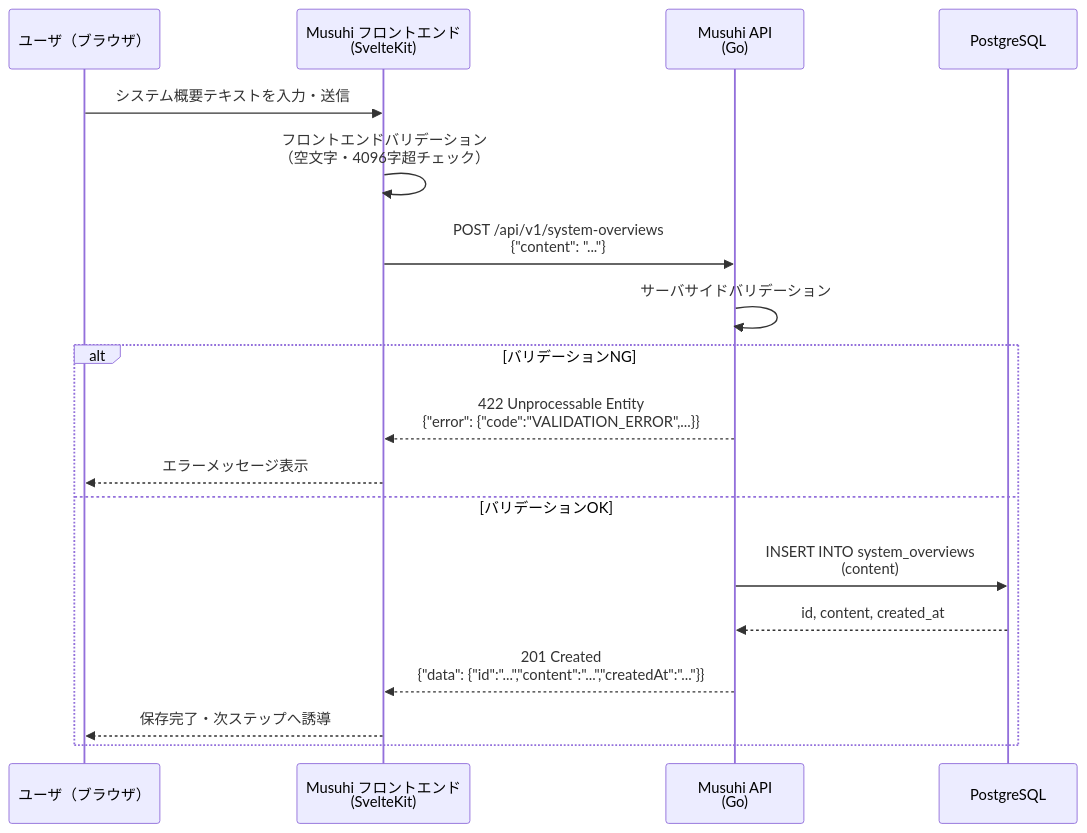
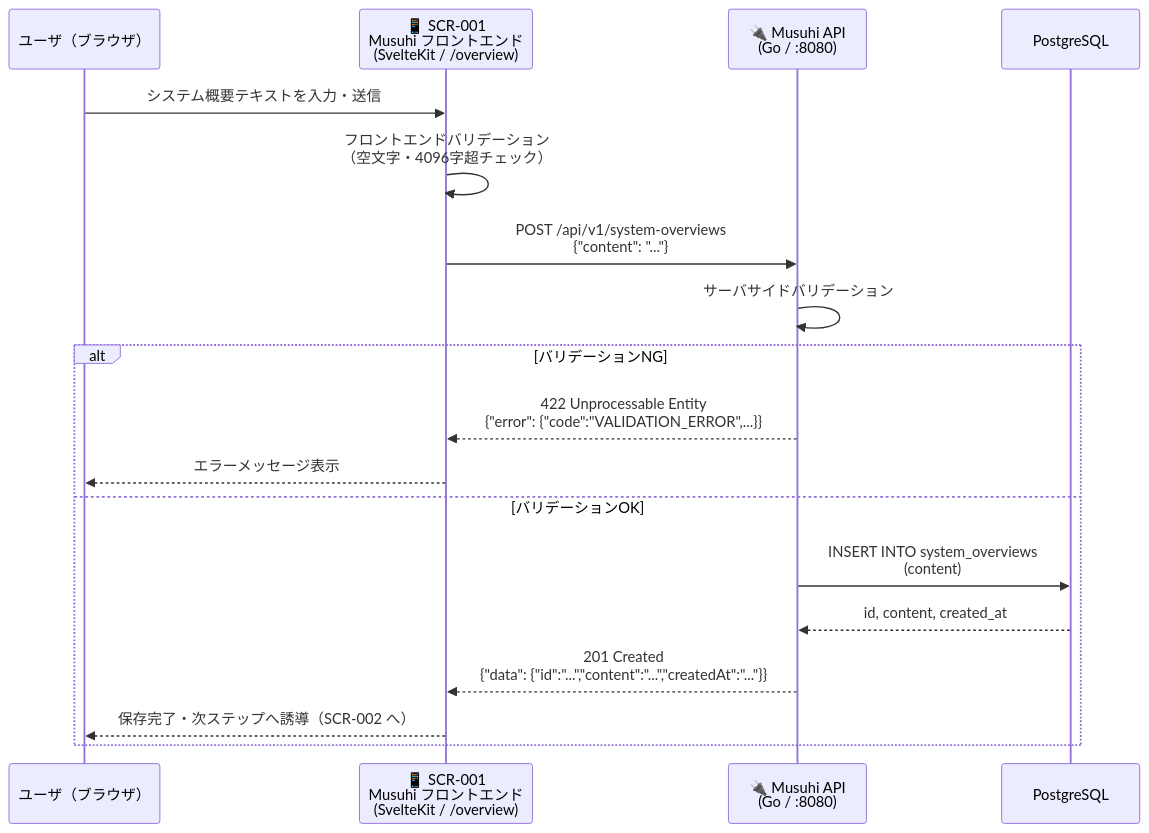
The second of 2 diagrams in _document/003.設計・開発・テストフェーズ/003.SP1-1設計/001.機能業務フロー図.md (BossApe/lo-vibe), drawn with Mermaid before and after one commit. The commit also changed other lines of this file and 8 other files, not shown here.

First line of the commit message:
docs(SP1-1): テスト仕様書・エラーハンドリング・FEコンポーネント・シーケンス図を追加

````diff
--- a/_document/003.設計・開発・テストフェーズ/003.SP1-1設計/001.機能業務フロー図.md
+++ b/_document/003.設計・開発・テストフェーズ/003.SP1-1設計/001.機能業務フロー図.md
@@ -53,21 +67,21 @@
 ```mermaid
 sequenceDiagram
     participant User as ユーザ（ブラウザ）
-    participant UI as Musuhi フロントエンド<br>(SvelteKit)
-    participant API as Musuhi API<br>(Go)
+    participant UI as 📱 SCR-001<br>Musuhi フロントエンド<br>(SvelteKit / /overview)
+    participant API as 🔌 Musuhi API<br>(Go / :8080)
     participant DB as PostgreSQL
 
     User->>UI: システム概要テキストを入力・送信
     UI->>UI: フロントエンドバリデーション<br>（空文字・4096字超チェック）
     UI->>API: POST /api/v1/system-overviews<br>{"content": "..."}
     API->>API: サーバサイドバリデーション
     alt バリデーションNG
         API-->>UI: 422 Unprocessable Entity<br>{"error": {"code":"VALIDATION_ERROR",...}}
         UI-->>User: エラーメッセージ表示
     else バリデーションOK
         API->>DB: INSERT INTO system_overviews<br>(content)
         DB-->>API: id, content, created_at
         API-->>UI: 201 Created<br>{"data": {"id":"...","content":"...","createdAt":"..."}}
-        UI-->>User: 保存完了・次ステップへ誘導
+        UI-->>User: 保存完了・次ステップへ誘導（SCR-002 へ）
     end
 ```
````
